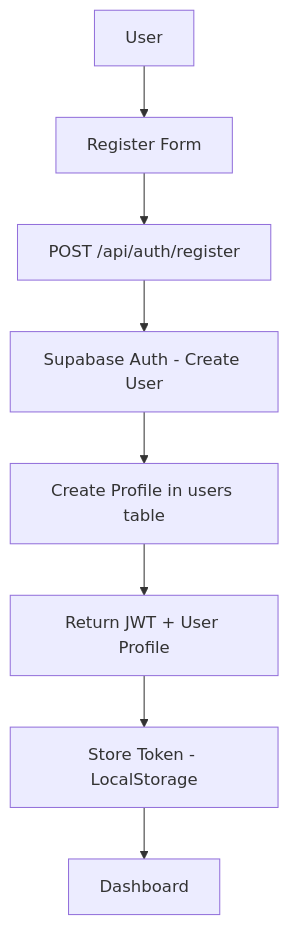
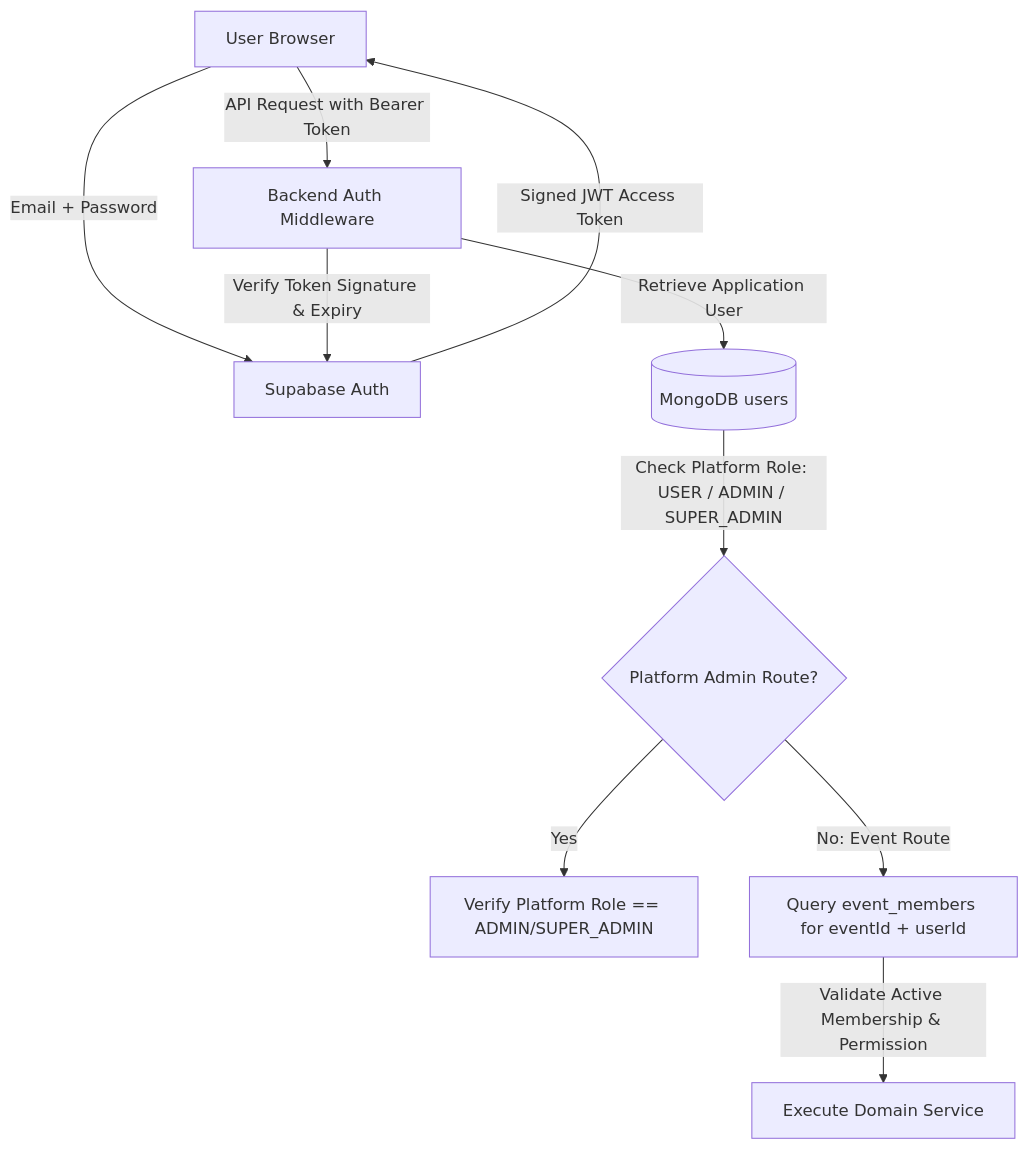
The first of 4 diagrams in docs/data-flow.md (praveen00198/ticketification), drawn with Mermaid before and after one commit. The commit also changed other lines of this file and 228 other files, not shown here.

Commit message:
feat: implement full-stack event ticketing platform with client and server modules

````diff
--- a/docs/data-flow.md
+++ b/docs/data-flow.md
@@ -4,10 +4,12 @@
 ```mermaid
 flowchart TD
-    A[User] --> B[Register Form]
-    B --> C[POST /api/auth/register]
-    C --> D[Supabase Auth - Create User]
-    D --> E[Create Profile in users table]
-    E --> F[Return JWT + User Profile]
-    F --> G[Store Token - LocalStorage]
-    G --> H[Dashboard]
+    A[User Browser] -->|Email + Password| B[Supabase Auth]
+    B -->|Signed JWT Access Token| A
+    A -->|API Request with Bearer Token| C[Backend Auth Middleware]
+    C -->|Verify Token Signature & Expiry| B
+    C -->|Retrieve Application User| D[(MongoDB users)]
+    D -->|Check Platform Role: USER / ADMIN / SUPER_ADMIN| E{Platform Admin Route?}
+    E -->|Yes| F[Verify Platform Role == ADMIN/SUPER_ADMIN]
+    E -->|No: Event Route| G[Query event_members for eventId + userId]
+    G -->|Validate Active Membership & Permission| H[Execute Domain Service]
 ```
````
